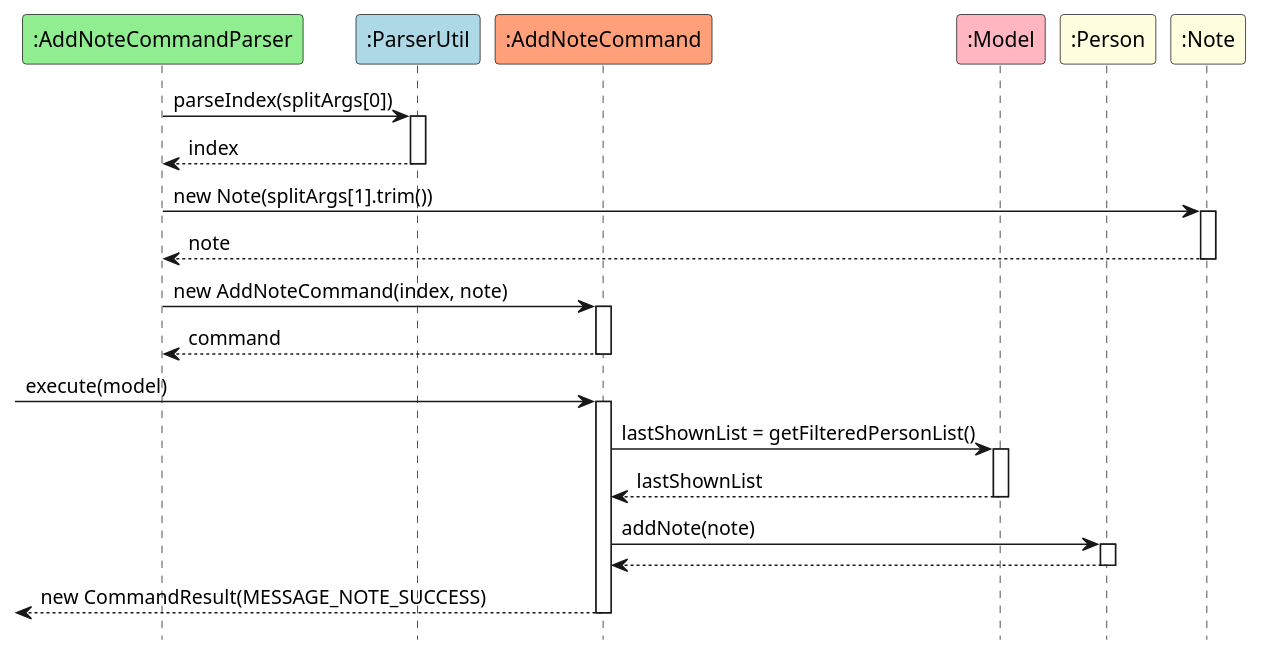
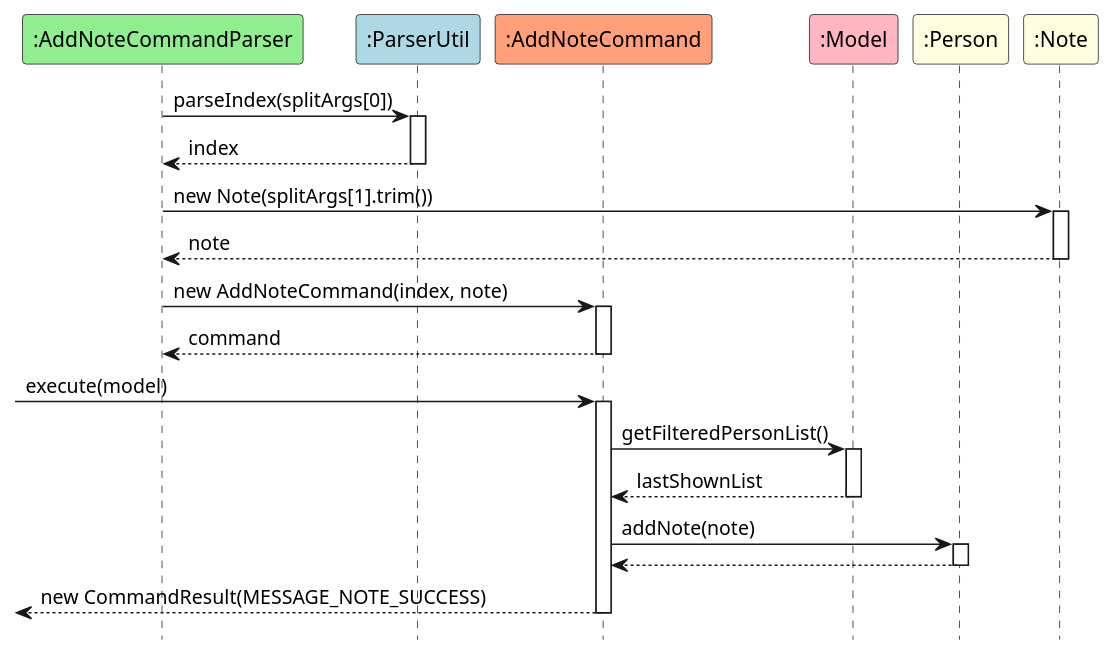
One commit to nus-cs2103-AY2324S1/tp changed the diagram in docs/diagrams/notes/NotesCommandSequenceDiagram.puml. Above: the diagram before and after it, drawn with PlantUML.

Commit message:
Remove equal

```diff
--- a/docs/diagrams/notes/NotesCommandSequenceDiagram.puml
+++ b/docs/diagrams/notes/NotesCommandSequenceDiagram.puml
@@ -1,42 +1,42 @@
 @startuml
 hide footbox
 
 participant ":AddNoteCommandParser" as Parser #lightgreen
 participant ":ParserUtil" as Util #lightblue
 participant ":AddNoteCommand" as Command #lightsalmon
 participant ":Model" as Model #lightpink
 participant ":Person" as Person #lightyellow
 participant ":Note" as Note #lightyellow
 
 Parser -> Util : parseIndex(splitArgs[0])
 activate Util
 Util --> Parser : index
 deactivate Util
 
 Parser -> Note : new Note(splitArgs[1].trim())
 activate Note
 Note --> Parser : note
 deactivate Note
 
 Parser -> Command : new AddNoteCommand(index, note)
 activate Command
 Command --> Parser : command
 deactivate Command
 
 -> Command : execute(model)
 
 activate Command
-Command -> Model : lastShownList = getFilteredPersonList()
+Command -> Model : getFilteredPersonList()
 activate Model
 Model --> Command : lastShownList
 deactivate Model
 
 Command -> Person : addNote(note)
 activate Person
 Person --> Command
 deactivate Person
 
 <-- Command : new CommandResult(MESSAGE_NOTE_SUCCESS)
 deactivate Command
 
 @enduml
```
